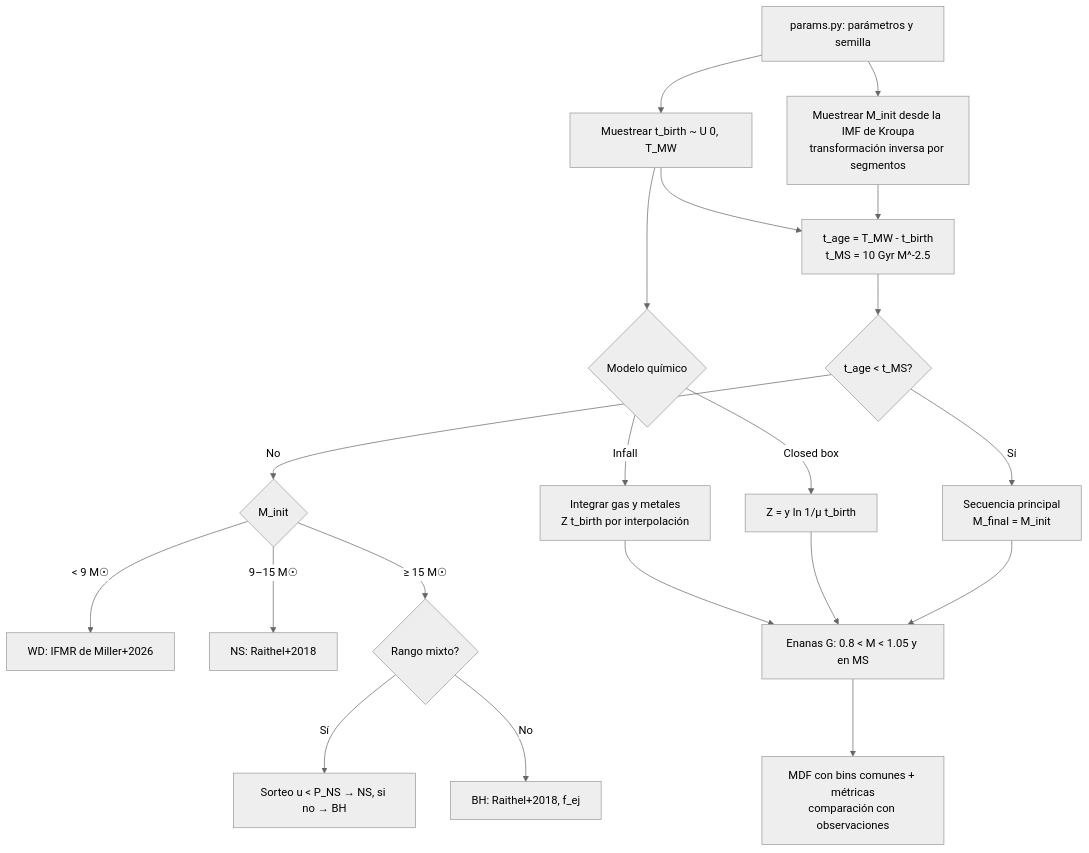
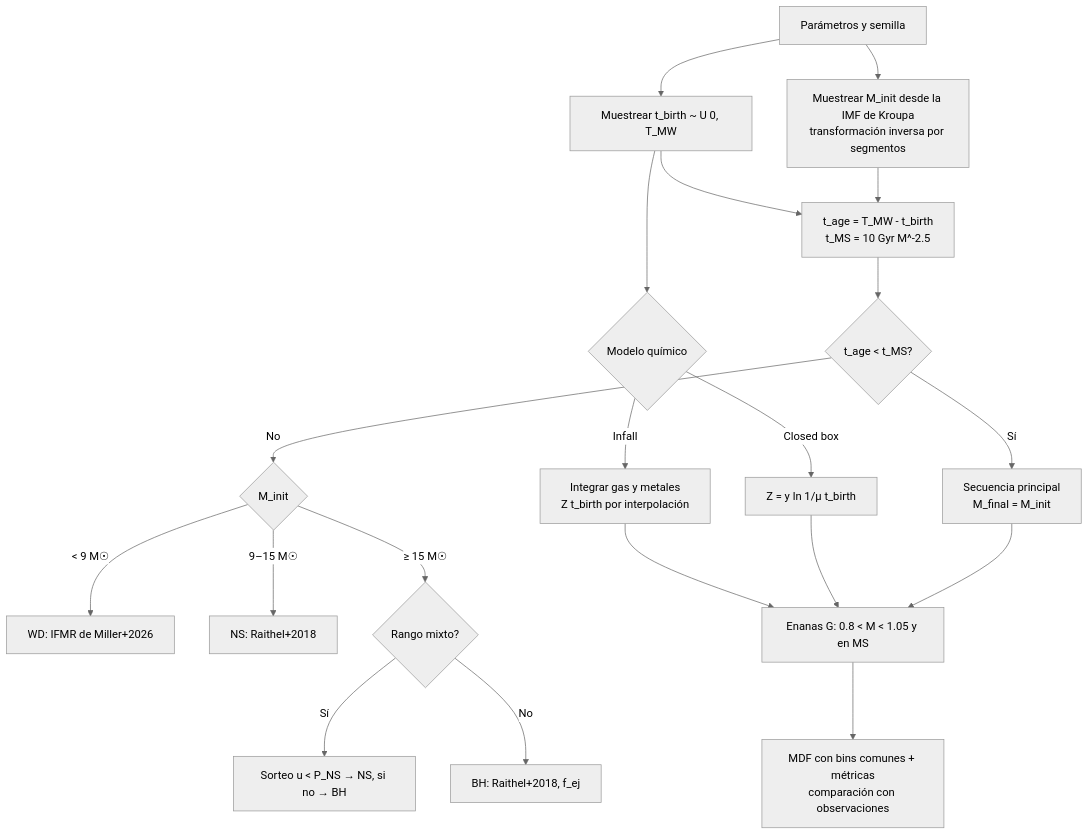
One commit to mochitopretty/Monte-Carlo-Proj3- changed the diagram in README.md. Above: the diagram before and after it, drawn with Mermaid (neutral theme).

````diff
--- a/README.md
+++ b/README.md
@@ -5,22 +5,22 @@
 ```mermaid
 flowchart TD
-    A[params.py: parámetros y semilla] --> B[Muestrear M_init desde la IMF de Kroupa<br/>transformación inversa por segmentos]
+    A[Parámetros y semilla] --> B[Muestrear M_init desde la IMF de Kroupa<br/>transformación inversa por segmentos]
     A --> C[Muestrear t_birth ~ U 0, T_MW]
     B --> D[t_age = T_MW - t_birth<br/>t_MS = 10 Gyr M^-2.5]
     C --> D
     D --> E{t_age < t_MS?}
     E -- Sí --> F[Secuencia principal<br/>M_final = M_init]
     E -- No --> G{M_init}
     G -- "< 9 M☉" --> H[WD: IFMR de Miller+2026]
     G -- "9–15 M☉" --> I[NS: Raithel+2018]
     G -- "≥ 15 M☉" --> J{Rango mixto?}
     J -- Sí --> K[Sorteo u < P_NS → NS, si no → BH]
     J -- No --> L[BH: Raithel+2018, f_ej]
     C --> M{Modelo químico}
     M -- Closed box --> N[Z = y ln 1/μ t_birth]
     M -- Infall --> O[Integrar gas y metales<br/>Z t_birth por interpolación]
     F --> P[Enanas G: 0.8 < M < 1.05 y en MS]
     N --> P
     O --> P
     P --> Q[MDF con bins comunes + métricas<br/>comparación con observaciones]
 ```
````
